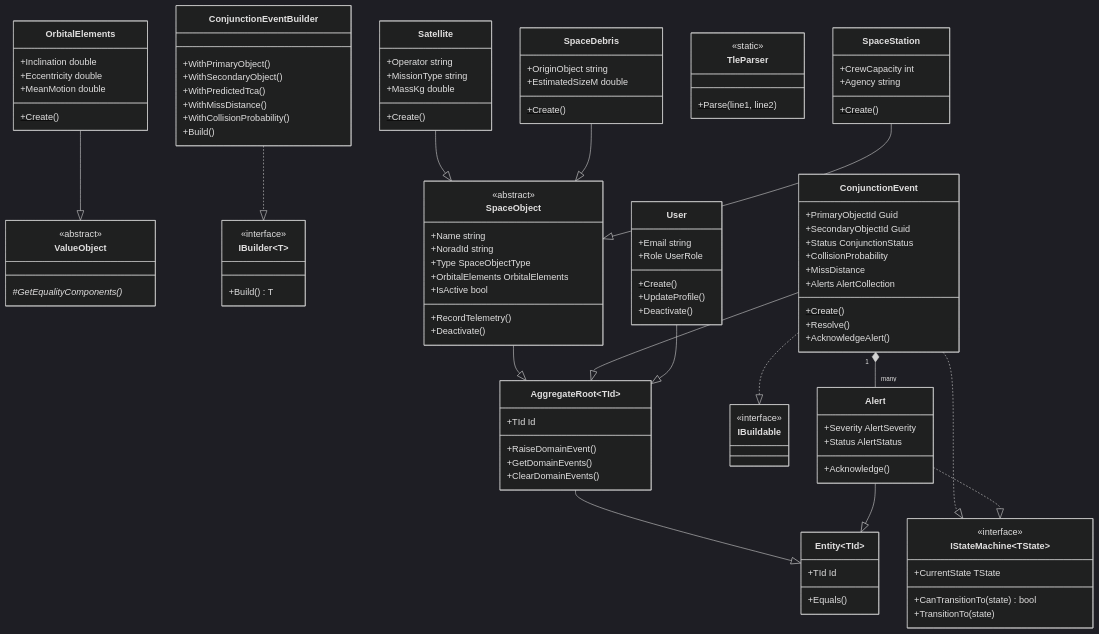
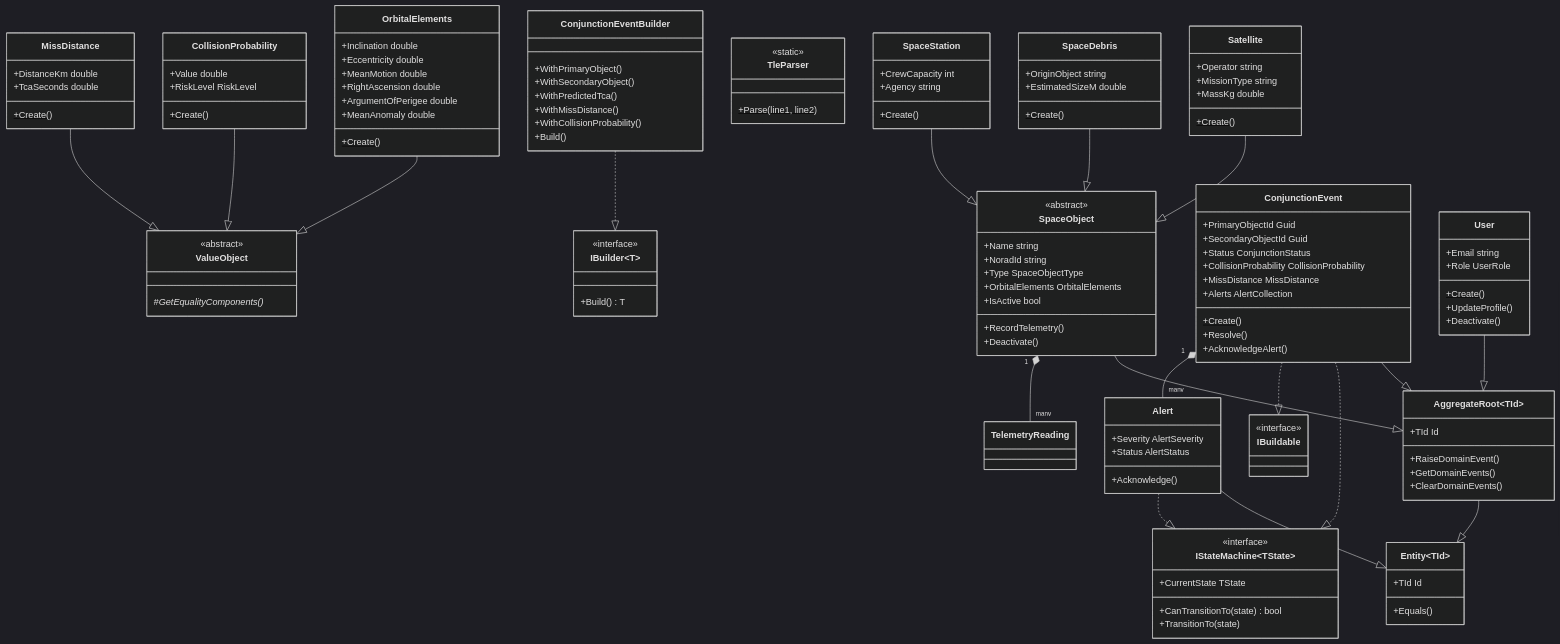
Before and after one commit to gh-johnny/fiap-gs-space-csharp: the first of 3 diagrams in README.md, drawn with Mermaid (dark theme). The commit also changed other lines of this file, not shown here.

````diff
--- a/README.md
+++ b/README.md
@@ -155,8 +650,8 @@
         +PrimaryObjectId Guid
         +SecondaryObjectId Guid
         +Status ConjunctionStatus
-        +CollisionProbability
-        +MissDistance
+        +CollisionProbability CollisionProbability
+        +MissDistance MissDistance
         +Alerts AlertCollection
         +Create()$
         +Resolve()
@@ -195,6 +690,21 @@
         +Inclination double
         +Eccentricity double
         +MeanMotion double
+        +RightAscension double
+        +ArgumentOfPerigee double
+        +MeanAnomaly double
+        +Create()$
+    }
+
+    class CollisionProbability {
+        +Value double
+        +RiskLevel RiskLevel
+        +Create()$
+    }
+
+    class MissDistance {
+        +DistanceKm double
+        +TcaSeconds double
         +Create()$
     }
 
@@ -211,5 +721,8 @@
     User --|> AggregateRoot~Guid~
     ConjunctionEventBuilder ..|> IBuilder~ConjunctionEvent~
     OrbitalElements --|> ValueObject
+    CollisionProbability --|> ValueObject
+    MissDistance --|> ValueObject
     ConjunctionEvent "1" *-- "many" Alert
+    SpaceObject "1" *-- "many" TelemetryReading
 ```
````
